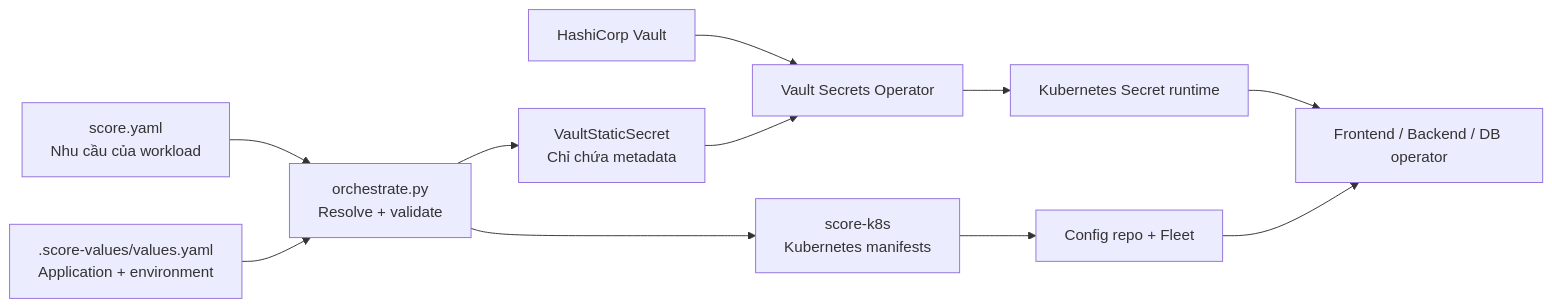
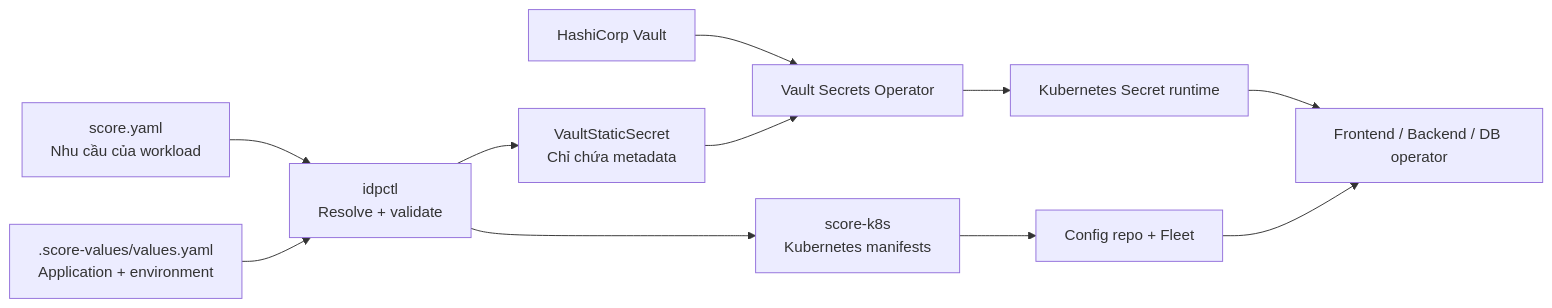
One commit to pr3s3nt/idp-platform changed the diagram in KE-HOACH-TRIEN-KHAI-SECRET-VA-APP-ONBOARDING.md. Above: the diagram before and after it, drawn with Mermaid. The commit also changed other lines of this file and 52 other files, not shown here.

````diff
--- a/KE-HOACH-TRIEN-KHAI-SECRET-VA-APP-ONBOARDING.md
+++ b/KE-HOACH-TRIEN-KHAI-SECRET-VA-APP-ONBOARDING.md
@@ -1162,13 +1162,13 @@
 ```mermaid
 flowchart LR
-    SCORE["score.yaml<br/>Nhu cầu của workload"] --> RENDER["orchestrate.py<br/>Resolve + validate"]
+    SCORE["score.yaml<br/>Nhu cầu của workload"] --> RENDER["idpctl<br/>Resolve + validate"]
     VALUES[".score-values/values.yaml<br/>Application + environment"] --> RENDER
     RENDER --> SCOREK8S["score-k8s<br/>Kubernetes manifests"]
     RENDER --> VSS["VaultStaticSecret<br/>Chỉ chứa metadata"]
     VAULT["HashiCorp Vault"] --> VSO["Vault Secrets Operator"]
     VSS --> VSO
     VSO --> KSECRET["Kubernetes Secret runtime"]
     KSECRET --> WORKLOAD["Frontend / Backend / DB operator"]
     SCOREK8S --> FLEET["Config repo + Fleet"]
     FLEET --> WORKLOAD
 ```
````
